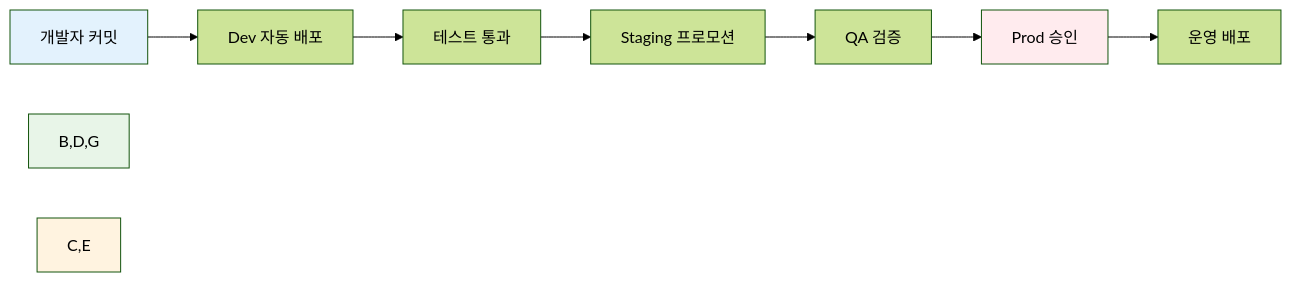
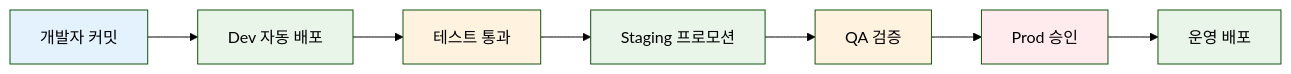
Before and after one commit to niceguy61/kdt_devops_lecture_2025: diagram 11 of 11 in theory/week_04/day4/session_1.md, drawn with Mermaid (forest theme). The commit also changed other lines of this file and 2 other files, not shown here.

Commit message:
mermaid style change

````diff
--- a/theory/week_04/day4/session_1.md
+++ b/theory/week_04/day4/session_1.md
@@ -387,14 +400,17 @@
 ```mermaid
 graph LR
     A[개발자 커밋] --> B[Dev 자동 배포]
     B --> C[테스트 통과]
     C --> D[Staging 프로모션]
     D --> E[QA 검증]
     E --> F[Prod 승인]
     F --> G[운영 배포]
     
     style A fill:#e3f2fd
-    style B,D,G fill:#e8f5e8
-    style C,E fill:#fff3e0
+    style B fill:#e8f5e8
+    style D fill:#e8f5e8
+    style G fill:#e8f5e8
+    style C fill:#fff3e0
+    style E fill:#fff3e0
     style F fill:#ffebee
 ```
````
